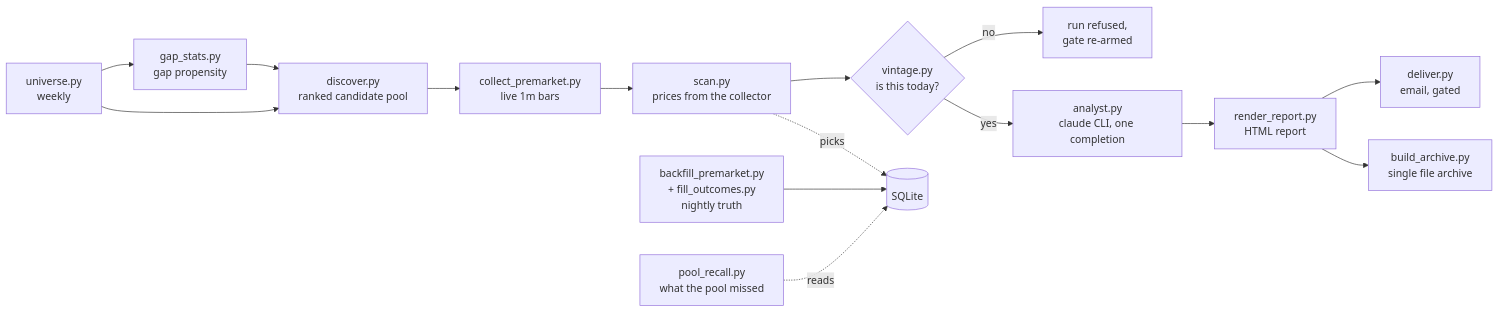
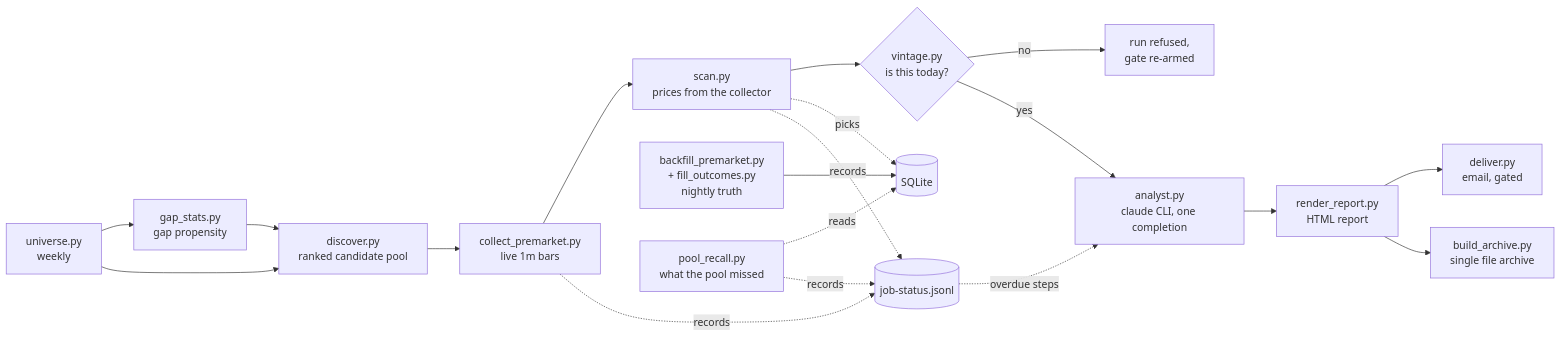
Before and after one commit to masalasev-ops/PremarketDesk: the diagram in README.md, drawn with Mermaid. The commit also changed other lines of this file and 35 other files, not shown here.

````diff
--- a/README.md
+++ b/README.md
@@ -50,17 +50,22 @@
 ```mermaid
 flowchart LR
     U[universe.py<br>weekly] --> G[gap_stats.py<br>gap propensity]
     G --> D[discover.py<br>ranked candidate pool]
     U --> D
     D --> C[collect_premarket.py<br>live 1m bars]
     C --> S[scan.py<br>prices from the collector]
     S --> X{vintage.py<br>is this today?}
     X -->|no| STOP[run refused,<br>gate re-armed]
     X -->|yes| A[analyst.py<br>claude CLI, one completion]
     A --> R[render_report.py<br>HTML report]
     R --> V[deliver.py<br>email, gated]
     R --> W[build_archive.py<br>single file archive]
     S -. picks .-> B[(SQLite)]
     N[backfill_premarket.py<br>+ fill_outcomes.py<br>nightly truth] --> B
     P[pool_recall.py<br>what the pool missed] -. reads .-> B
+    J[(job-status.jsonl)]
+    S -. records .-> J
+    C -. records .-> J
+    P -. records .-> J
+    J -. overdue steps .-> A
 ```
````
